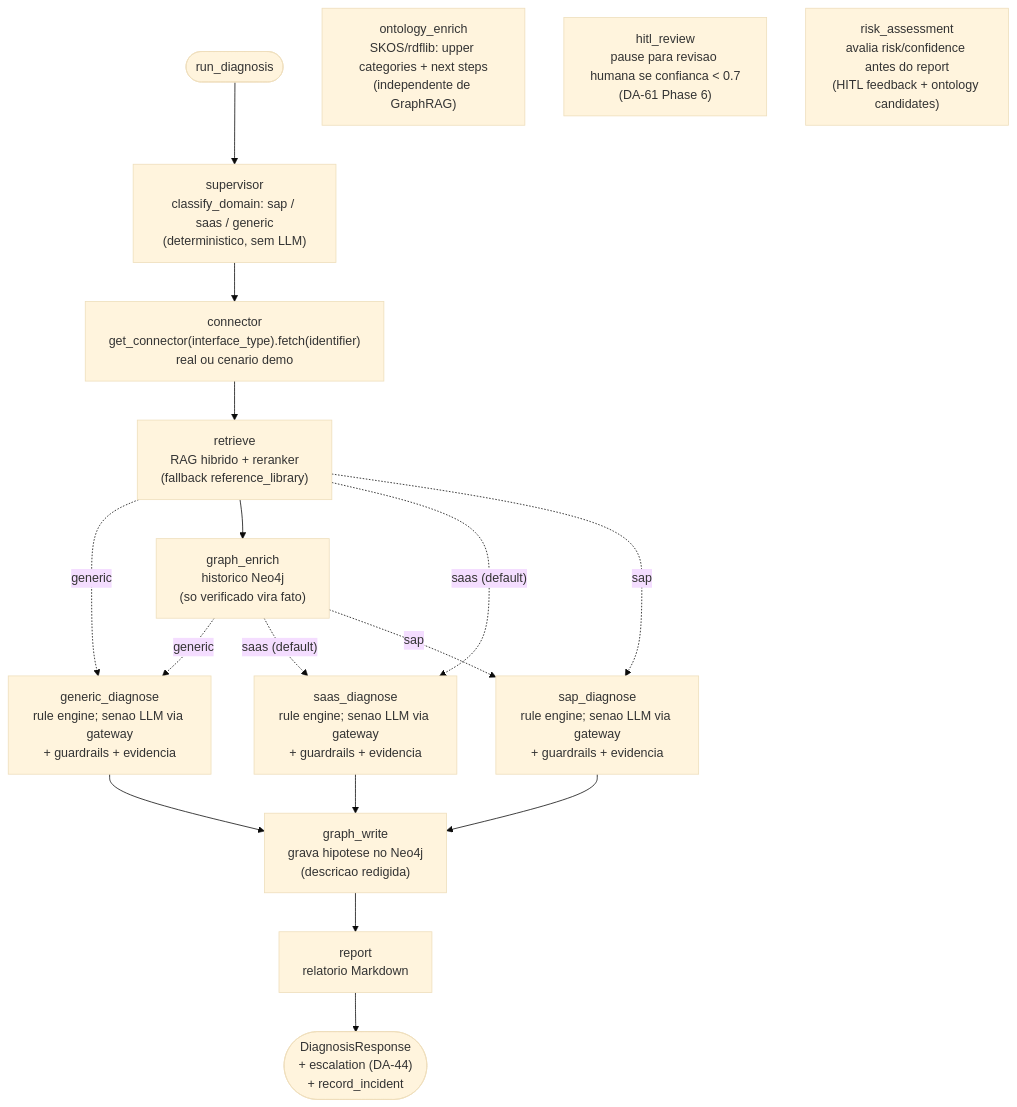
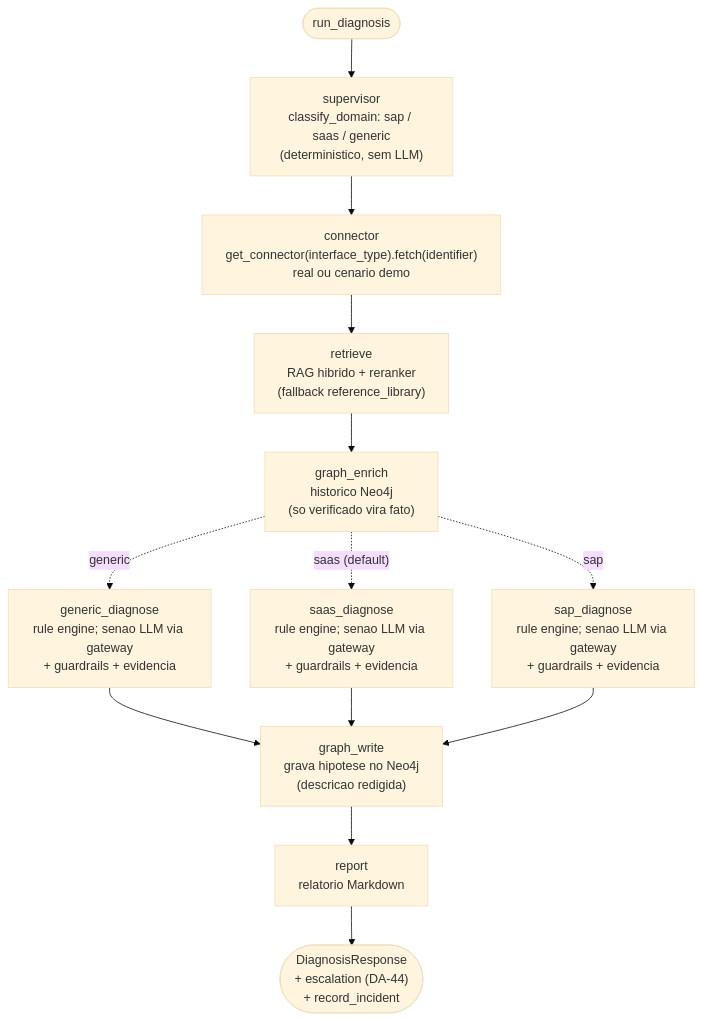
Before and after one commit to marcos-slima/integration-incident-copilot: the fourth of 15 diagrams in docs/ARCHITECTURE.md, drawn with Mermaid (base theme). The commit also changed other lines of this file and 7 other files, not shown here.

````diff
--- a/docs/ARCHITECTURE.md
+++ b/docs/ARCHITECTURE.md
@@ -144,32 +141,26 @@
 ```mermaid
 flowchart TD
     inicio(["run_diagnosis"])
     supervisor["supervisor<br/>classify_domain: sap / saas / generic<br/>(deterministico, sem LLM)"]
     connector["connector<br/>get_connector(interface_type).fetch(identifier)<br/>real ou cenario demo"]
     retrieve["retrieve<br/>RAG hibrido + reranker<br/>(fallback reference_library)"]
     sap_diagnose["sap_diagnose<br/>rule engine; senao LLM via gateway<br/>+ guardrails + evidencia"]
     saas_diagnose["saas_diagnose<br/>rule engine; senao LLM via gateway<br/>+ guardrails + evidencia"]
     generic_diagnose["generic_diagnose<br/>rule engine; senao LLM via gateway<br/>+ guardrails + evidencia"]
     report["report<br/>relatorio Markdown"]
-    ontology_enrich["ontology_enrich<br/>SKOS/rdflib: upper categories + next steps<br/>(independente de GraphRAG)"]
-    hitl_review["hitl_review<br/>pause para revisao humana se confianca < 0.7<br/>(DA-61 Phase 6)"]
-    risk_assessment["risk_assessment<br/>avalia risk/confidence antes do report<br/>(HITL feedback + ontology candidates)"]
     graph_enrich["graph_enrich<br/>historico Neo4j<br/>(so verificado vira fato)"]
     graph_write["graph_write<br/>grava hipotese no Neo4j<br/>(descricao redigida)"]
     fim(["DiagnosisResponse<br/>+ escalation (DA-44)<br/>+ record_incident"])
     inicio --> supervisor
     connector --> retrieve
     generic_diagnose --> graph_write
     graph_enrich -.->|"generic"| generic_diagnose
     graph_enrich -.->|"saas (default)"| saas_diagnose
     graph_enrich -.->|"sap"| sap_diagnose
     graph_write --> report
     report --> fim
-    retrieve -.->|"generic"| generic_diagnose
     retrieve --> graph_enrich
-    retrieve -.->|"saas (default)"| saas_diagnose
-    retrieve -.->|"sap"| sap_diagnose
     saas_diagnose --> graph_write
     sap_diagnose --> graph_write
     supervisor --> connector
 ```
````
